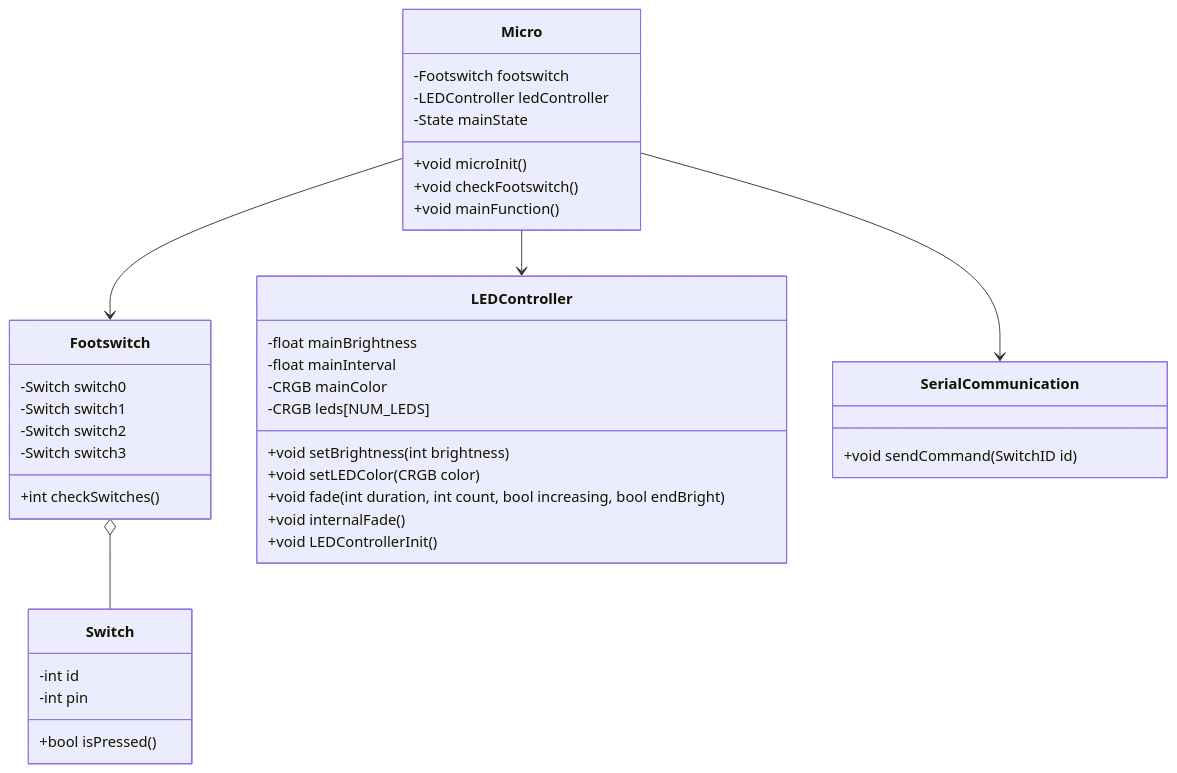
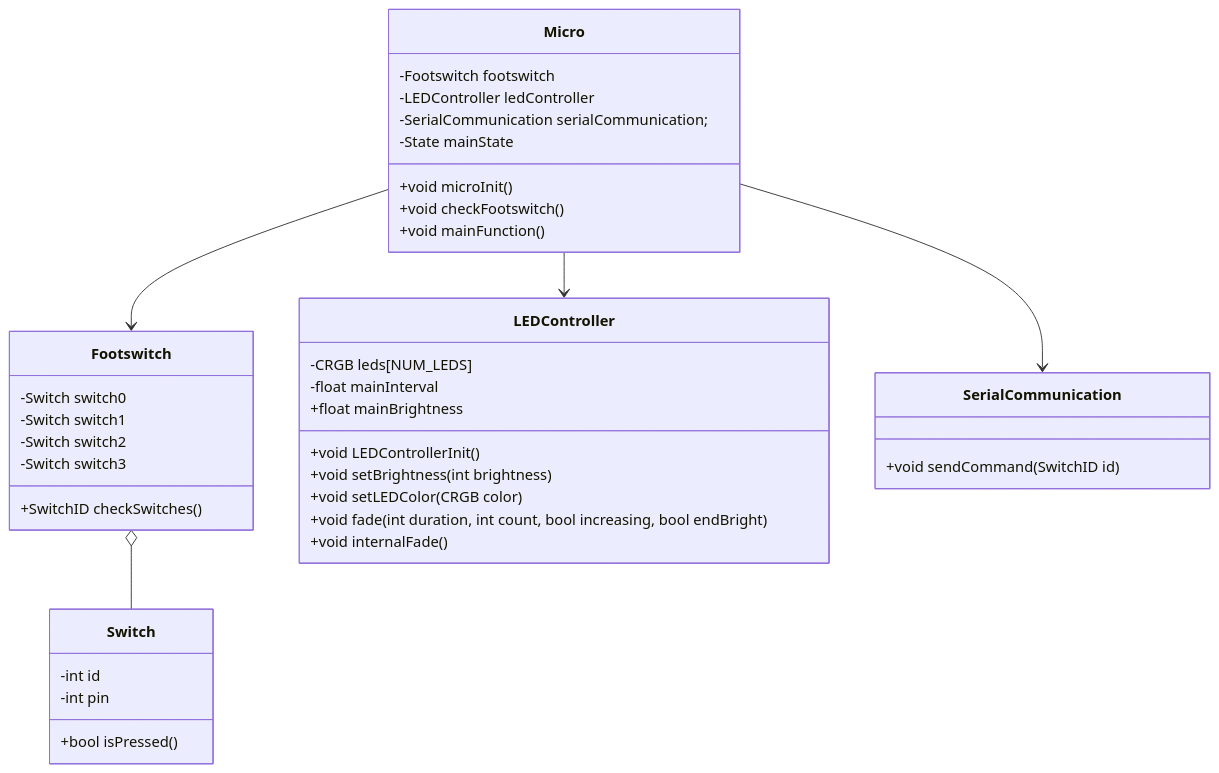
Before and after one commit to c-coyne/logic-pro-transport-controller: the diagram in doc/design/module/Module.md, drawn with Mermaid. The commit also changed 10 other files, not shown here.

````diff
--- a/doc/design/module/Module.md
+++ b/doc/design/module/Module.md
@@ -3,41 +3,41 @@
 ```mermaid
 classDiagram
     Footswitch o-- Switch
     Micro --> Footswitch
     Micro --> LEDController
     Micro --> SerialCommunication
     class Switch{
         -int id
         -int pin
         +bool isPressed()
     }
     class Footswitch{
         -Switch switch0
         -Switch switch1
         -Switch switch2
         -Switch switch3
-        +int checkSwitches()
+        +SwitchID checkSwitches()
     }
     class Micro{
         -Footswitch footswitch
         -LEDController ledController
+        -SerialCommunication serialCommunication;
         -State mainState
         +void microInit()
         +void checkFootswitch()
         +void mainFunction()
     }
     class LEDController{
-        -float mainBrightness
+        -CRGB leds[NUM_LEDS]
         -float mainInterval
-        -CRGB mainColor
-        -CRGB leds[NUM_LEDS]
+        +float mainBrightness
+        +void LEDControllerInit()
         +void setBrightness(int brightness)
         +void setLEDColor(CRGB color)
         +void fade(int duration, int count, bool increasing, bool endBright)
         +void internalFade()
-        +void LEDControllerInit()
     }
     class SerialCommunication{
         +void sendCommand(SwitchID id)
     }
 ```
````
